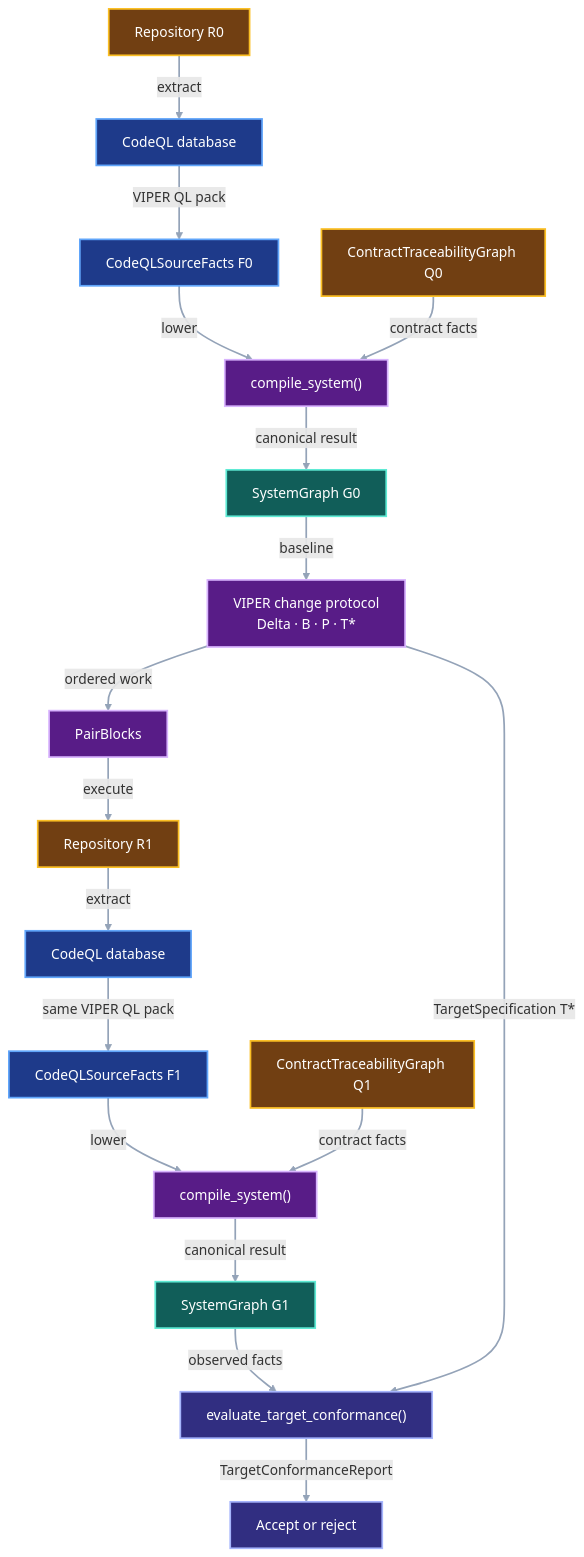
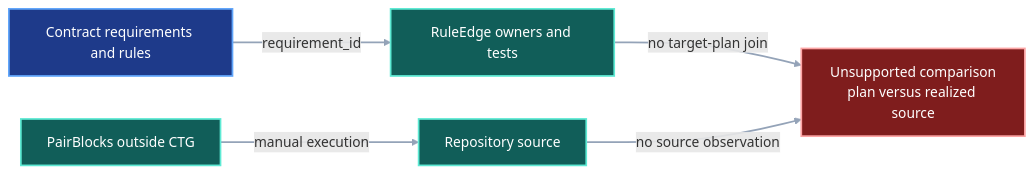
One commit to pvd232/viper changed the first of 3 diagrams in docs/development/system-impact-compiler.md. Above: the diagram before and after it, drawn with Mermaid. The commit also changed other lines of this file and 11 other files, not shown here.

Commit message:
Close contract plans before system impact checks

````diff
--- a/docs/development/system-impact-compiler.md
+++ b/docs/development/system-impact-compiler.md
@@ -14,34 +90,21 @@
 ```mermaid
-flowchart TB
-    R0["Repository R0"] -->|"extract"| DB0["CodeQL database"]
-    DB0 -->|"VIPER QL pack"| F0["CodeQLSourceFacts F0"]
-    F0 -->|"lower"| C0["compile_system()"]
-    Q0["ContractTraceabilityGraph Q0"] -->|"contract facts"| C0
-    C0 -->|"canonical result"| G0["SystemGraph G0"]
+flowchart LR
+    Contract["Contract requirements and rules"]
+    Edges["RuleEdge owners and tests"]
+    Blocks["PairBlocks outside CTG"]
+    Source["Repository source"]
+    Gap["Unsupported comparison<br/>plan versus realized source"]
 
-    G0 -->|"baseline"| Protocol["VIPER change protocol<br/>Delta · B · P · T*"]
-    Protocol -->|"ordered work"| Blocks["PairBlocks"]
-    Blocks -->|"execute"| R1["Repository R1"]
+    Contract -->|"requirement_id"| Edges
+    Blocks -->|"manual execution"| Source
+    Edges -->|"no target-plan join"| Gap
+    Source -->|"no source observation"| Gap
 
-    R1 -->|"extract"| DB1["CodeQL database"]
-    DB1 -->|"same VIPER QL pack"| F1["CodeQLSourceFacts F1"]
-    F1 -->|"lower"| C1["compile_system()"]
-    Q1["ContractTraceabilityGraph Q1"] -->|"contract facts"| C1
-    C1 -->|"canonical result"| G1["SystemGraph G1"]
-
-    G1 -->|"observed facts"| Check["evaluate_target_conformance()"]
-    Protocol -->|"TargetSpecification T*"| Check
-    Check -->|"TargetConformanceReport"| Accept["Accept or reject"]
-
-    class R0,Q0,R1,Q1 input
-    class DB0,DB1,F0,F1 analysis
-    class C0,C1,Protocol,Blocks compiler
-    class G0,G1 evidence
-    class Check,Accept verification
-    classDef input fill:#713f12,stroke:#fbbf24,color:#ffffff,stroke-width:2px
-    classDef analysis fill:#1e3a8a,stroke:#60a5fa,color:#ffffff,stroke-width:2px
-    classDef compiler fill:#581c87,stroke:#d8b4fe,color:#ffffff,stroke-width:2px
+    class Contract current
+    class Edges,Blocks,Source evidence
+    class Gap gap
+    classDef current fill:#1e3a8a,stroke:#60a5fa,color:#ffffff,stroke-width:2px
     classDef evidence fill:#115e59,stroke:#5eead4,color:#ffffff,stroke-width:2px
-    classDef verification fill:#312e81,stroke:#a5b4fc,color:#ffffff,stroke-width:2px
+    classDef gap fill:#7f1d1d,stroke:#fca5a5,color:#ffffff,stroke-width:2px
     linkStyle default stroke:#94a3b8,stroke-width:2px
 ```
````
